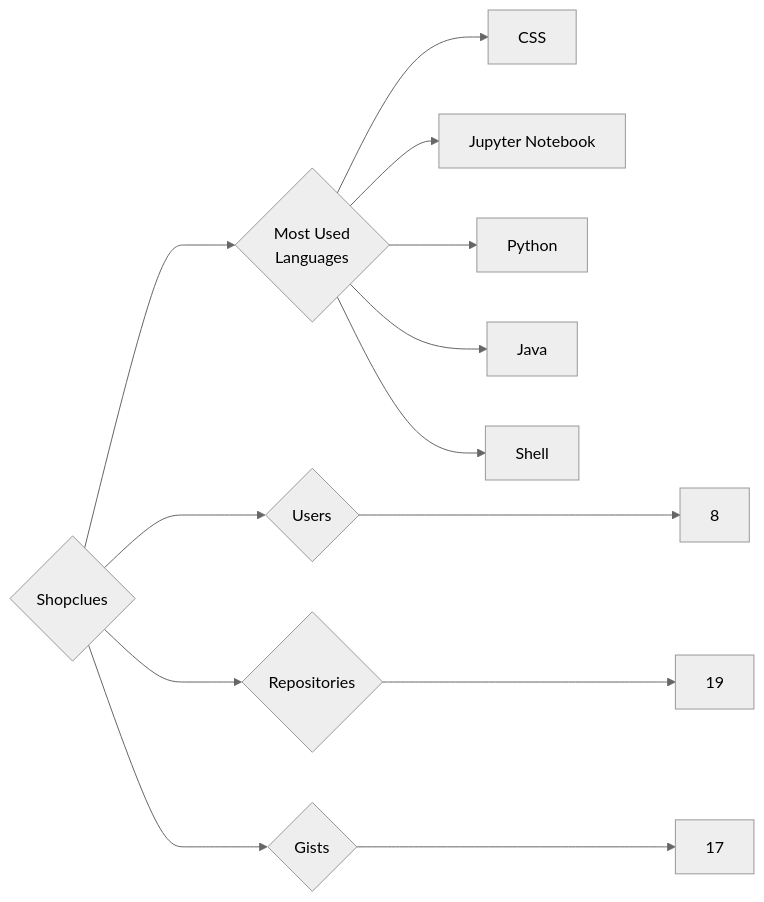
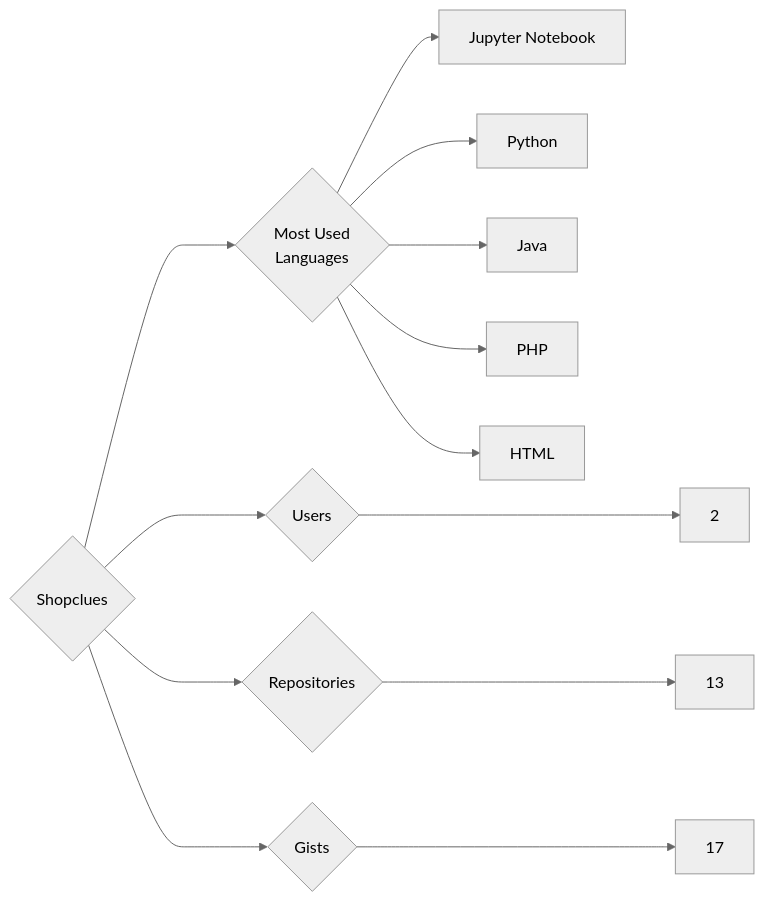
Before and after one commit to trickest/insiders: the diagram in targets/Shopclues/README.md, drawn with Mermaid (neutral theme). The commit also changed 728 other files, not shown here.

````diff
--- a/targets/Shopclues/README.md
+++ b/targets/Shopclues/README.md
@@ -3,13 +3,13 @@
 ```mermaid
 graph LR
 COMPANY_NAME{Shopclues}
-COMPANY_NAME ---> U{Users} ---> UN[8]
-COMPANY_NAME ---> R{Repositories} ---> RN[19]
+COMPANY_NAME ---> U{Users} ---> UN[2]
+COMPANY_NAME ---> R{Repositories} ---> RN[13]
 COMPANY_NAME ---> G{Gists} ---> GN[17]
 COMPANY_NAME ---> ML{Most Used<br>Languages}
-ML --> CSS[CSS]
 ML --> Jupyter_Notebook[Jupyter Notebook]
 ML --> Python[Python]
 ML --> Java[Java]
-ML --> Shell[Shell]
+ML --> PHP[PHP]
+ML --> HTML[HTML]
 ```
````
